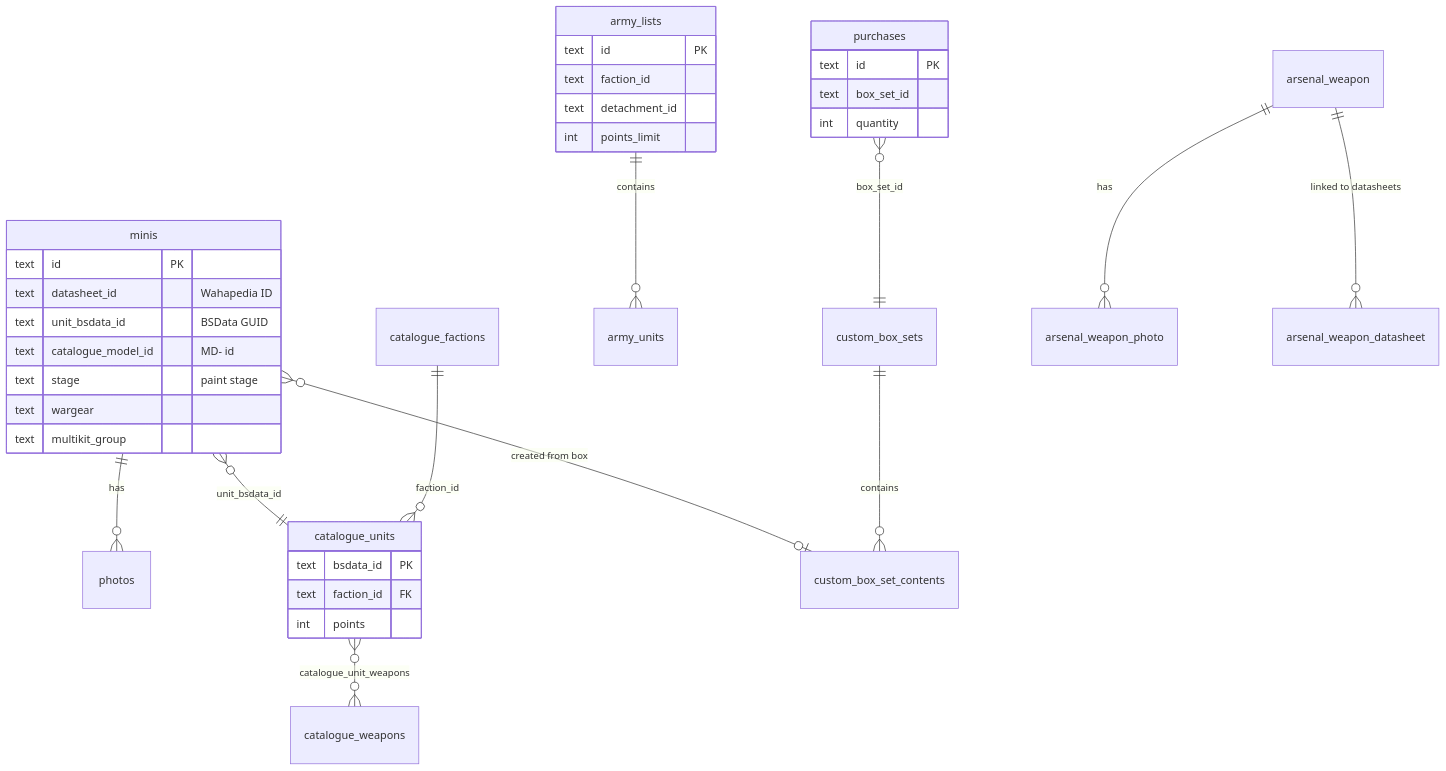
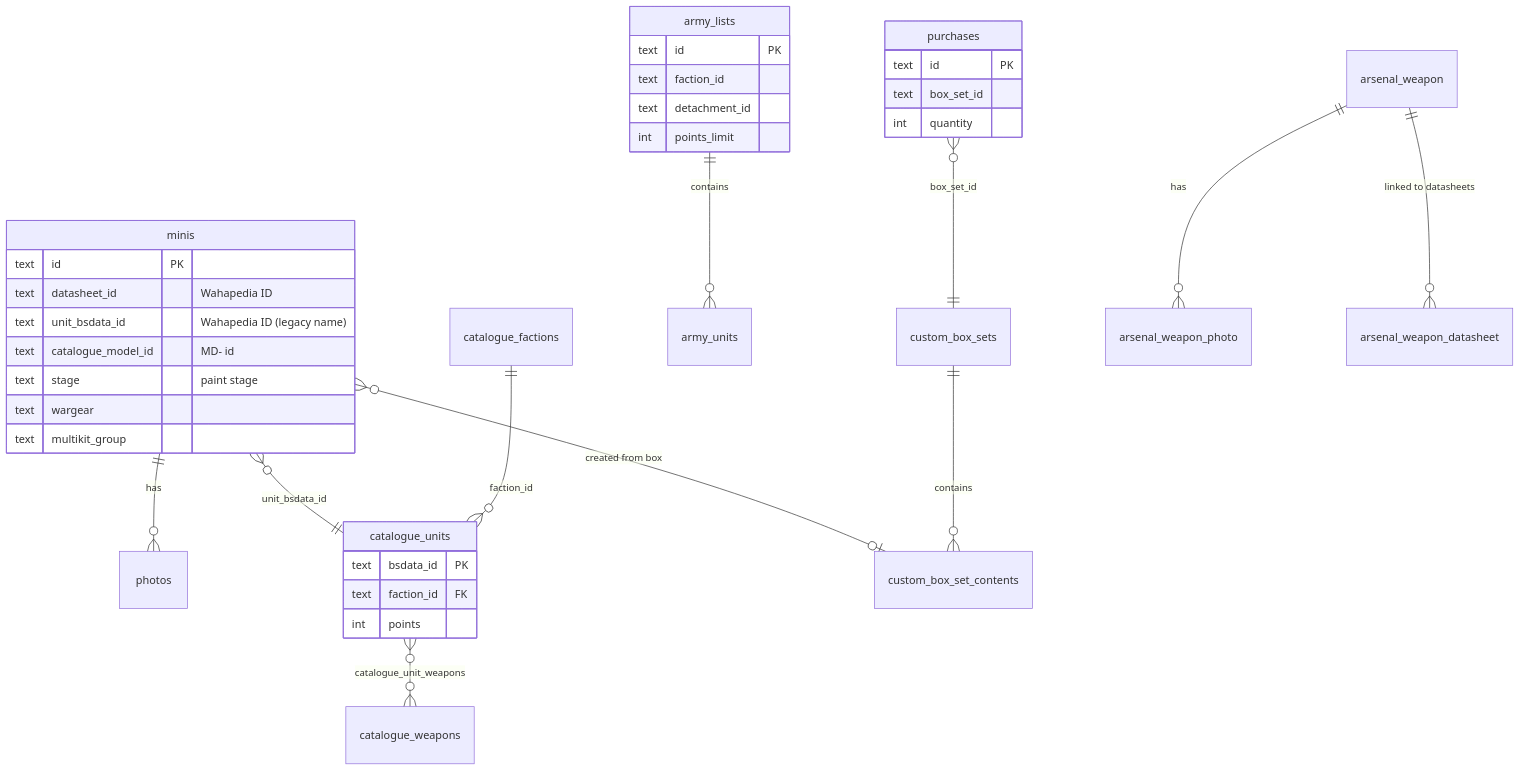
One commit to Unfunded8495/Codex-Armorum changed the seventh of 12 diagrams in CODEX_ARMORUM_APP_MAP.md. Above: the diagram before and after it, drawn with Mermaid. The commit also changed other lines of this file and 14 other files, not shown here.

````diff
--- a/CODEX_ARMORUM_APP_MAP.md
+++ b/CODEX_ARMORUM_APP_MAP.md
@@ -346,39 +360,39 @@
 ```mermaid
 erDiagram
     minis ||--o{ photos : "has"
     minis }o--|| catalogue_units : "unit_bsdata_id"
     minis }o--o| custom_box_set_contents : "created from box"
     purchases }o--|| custom_box_sets : "box_set_id"
     custom_box_sets ||--o{ custom_box_set_contents : "contains"
     army_lists ||--o{ army_units : "contains"
     catalogue_factions ||--o{ catalogue_units : "faction_id"
     catalogue_units }o--o{ catalogue_weapons : "catalogue_unit_weapons"
     arsenal_weapon ||--o{ arsenal_weapon_photo : "has"
     arsenal_weapon ||--o{ arsenal_weapon_datasheet : "linked to datasheets"
 
     minis {
         text id PK
         text datasheet_id "Wahapedia ID"
-        text unit_bsdata_id "BSData GUID"
+        text unit_bsdata_id "Wahapedia ID (legacy name)"
         text catalogue_model_id "MD- id"
         text stage "paint stage"
         text wargear
         text multikit_group
     }
     purchases {
         text id PK
         text box_set_id
         int quantity
     }
     army_lists {
         text id PK
         text faction_id
         text detachment_id
         int points_limit
     }
     catalogue_units {
         text bsdata_id PK
         text faction_id FK
         int points
     }
 ```
````
